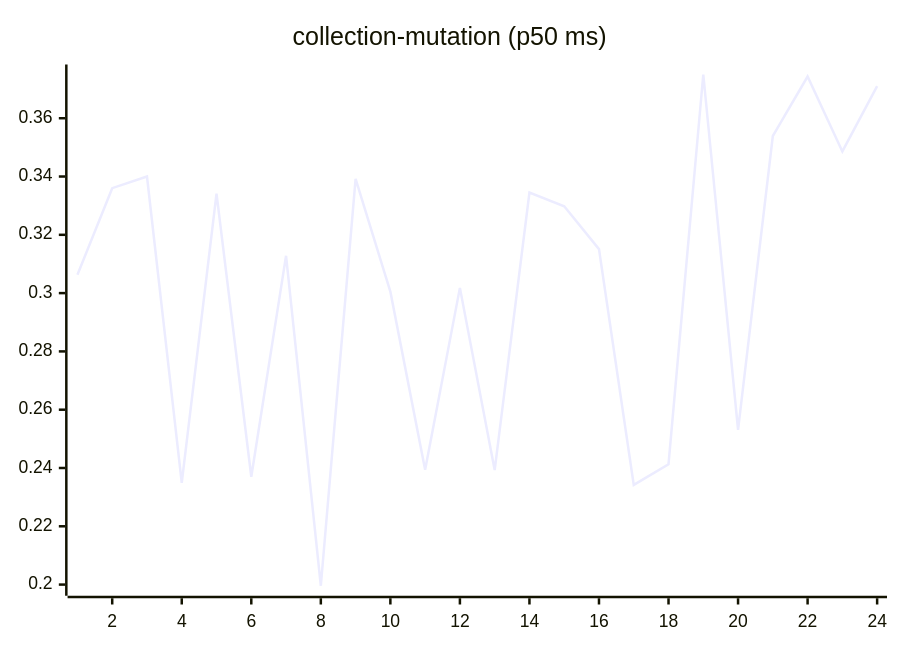
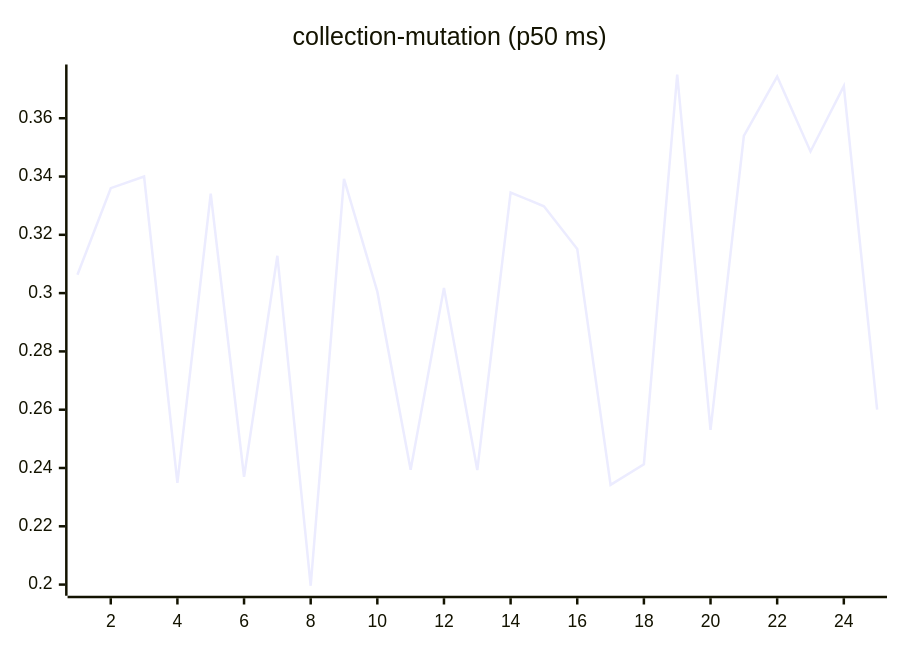
One commit to josha/Facet changed the sixth of 27 diagrams in README.md. Above: the diagram before and after it, drawn with Mermaid. The commit also changed other lines of this file and 2 other files, not shown here.

````diff
--- a/README.md
+++ b/README.md
@@ -98,6 +98,6 @@
 ```mermaid
 xychart-beta
     title "collection-mutation (p50 ms)"
-    x-axis 1 --> 24
-    line [0.3063, 0.3360, 0.3400, 0.2349, 0.3341, 0.2370, 0.3128, 0.1996, 0.3392, 0.3005, 0.2394, 0.3018, 0.2393, 0.3345, 0.3298, 0.3151, 0.2342, 0.2413, 0.3750, 0.2531, 0.3539, 0.3743, 0.3486, 0.3710]
+    x-axis 1 --> 25
+    line [0.3063, 0.3360, 0.3400, 0.2349, 0.3341, 0.2370, 0.3128, 0.1996, 0.3392, 0.3005, 0.2394, 0.3018, 0.2393, 0.3345, 0.3298, 0.3151, 0.2342, 0.2413, 0.3750, 0.2531, 0.3539, 0.3743, 0.3486, 0.3710, 0.2600]
 ```
````
